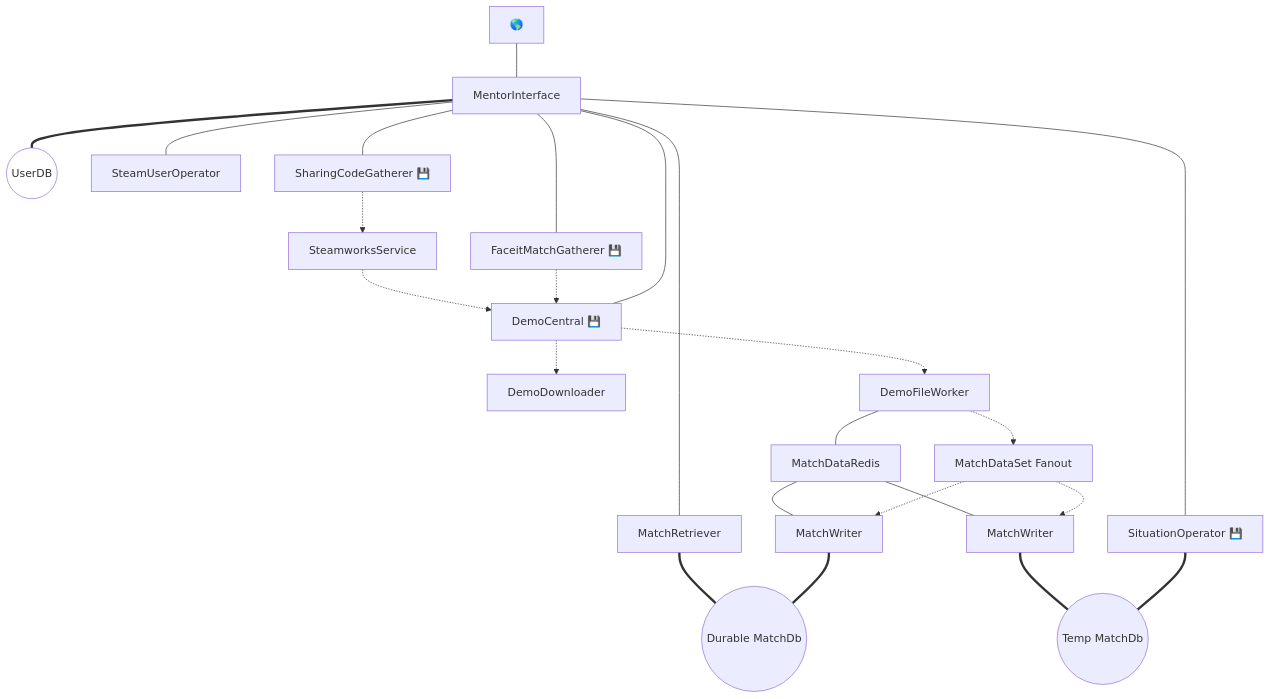
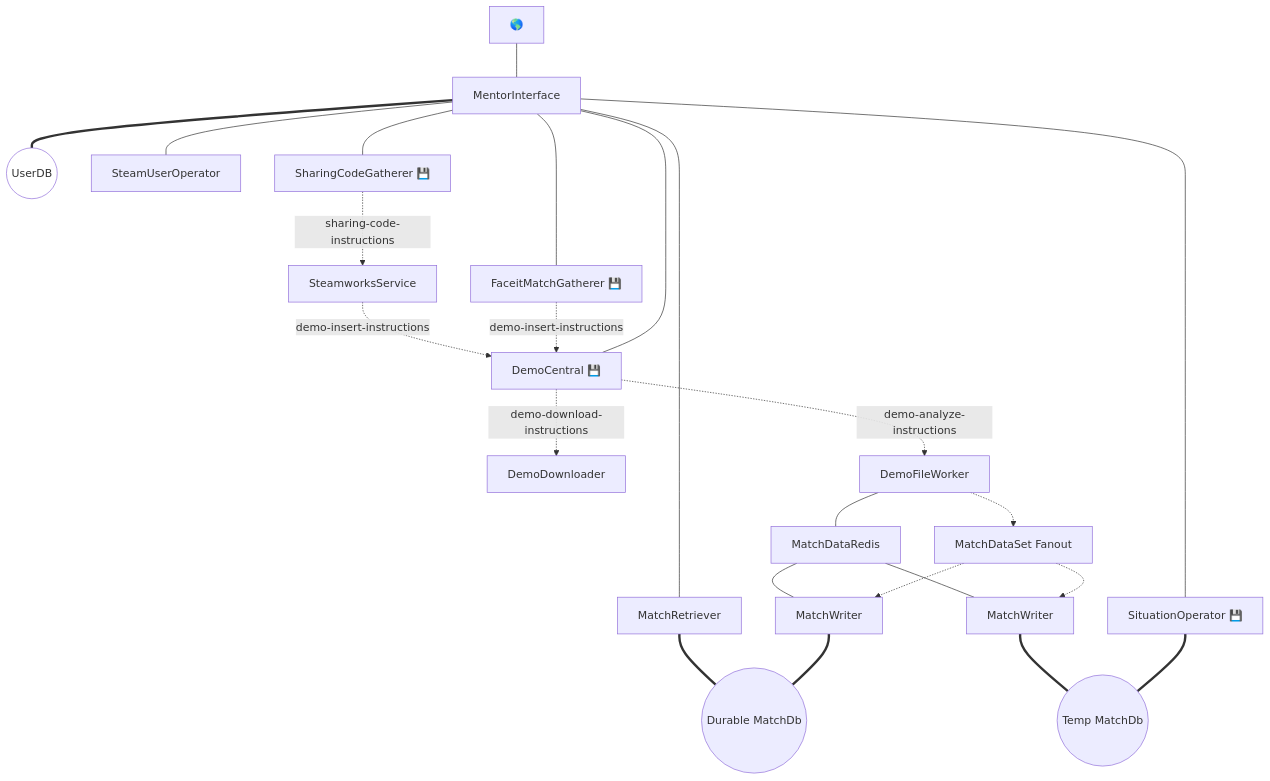
Before and after one commit to KieronKretschmar/MentorGG_Overview: the first of 2 diagrams in README.md, drawn with Mermaid.

````diff
--- a/README.md
+++ b/README.md
@@ -45,55 +45,55 @@
 ```mermaid
 graph TD;
     I["🌎"] --- MI
     MI === UDB((UserDB));
     
     MI --- SUO[SteamUserOperator];
     
     MI --- SCG["SharingCodeGatherer 💾"];
-    SCG -.-> SWS[SteamworksService];
-    SWS -.-> DC;
+    SCG -.-> |sharing-code-instructions| SWS[SteamworksService];
+    SWS -.-> |demo-insert-instructions| DC;
     
     MI --- FG["FaceitMatchGatherer 💾"];
-    FG -.-> DC;
+    FG -.-> |demo-insert-instructions| DC;
     
     
     
     MI[MentorInterface] --- DC["DemoCentral 💾"];
-    DC -.-> DD[DemoDownloader];
-    DC -.-> DFW[DemoFileWorker];
+    DC -.-> |demo-download-instructions| DD[DemoDownloader];
+    DC -.-> |demo-analyze-instructions| DFW[DemoFileWorker];
     DFW -.-> MDSF["MatchDataSet Fanout"];
     DFW --- MDR["MatchDataRedis"];
 
     MDR --- MW1;
     MDR --- MW2;
 
     MDSF -.-> MW1["MatchWriter"];
     MR[MatchRetriever] === DMDB; 
     MW1 === DMDB((Durable MatchDb))
     MI --- MR
 
     MDSF -.-> MW2["MatchWriter"];
     MW2 === TMDB((Temp MatchDb))
     SO === TMDB;
     
 
     MI --- SO["SituationOperator 💾"];
 
     classDef db fill:white;
     classDef queue fill:pink;
     class RFO queue;
     class UDB,SUDB,CDB,SDB,MDB db;
 
     click MI,UDB "https://gitlab.com/mentorgg/engine/mentor-interface";
     click SUO "https://gitlab.com/mentorgg/engine/steamuseroperator";
     click SCG "https://gitlab.com/mentorgg/csgo/sharingcodegatherer";
     click SWS "https://gitlab.com/mentorgg/csgo/steamworksservice";
     click DC "https://gitlab.com/mentorgg/csgo/democentral";
     click FG "https://gitlab.com/mentorgg/csgo/faceitmatchgatherer";
     click DFW "https://gitlab.com/mentorgg/csgo/demofileworker";
     click DD "https://gitlab.com/mentorgg/csgo/demodownloader";
     click MW1,MW2 "https://gitlab.com/mentorgg/csgo/matchwriter";
     click MR "https://gitlab.com/mentorgg/csgo/matchretriever";
     click MDSF "https://gitlab.com/mentorgg/csgo/matchentities";
     click SO,SDB "https://gitlab.com/mentorgg/csgo/situationsoperator";
 ```
````
